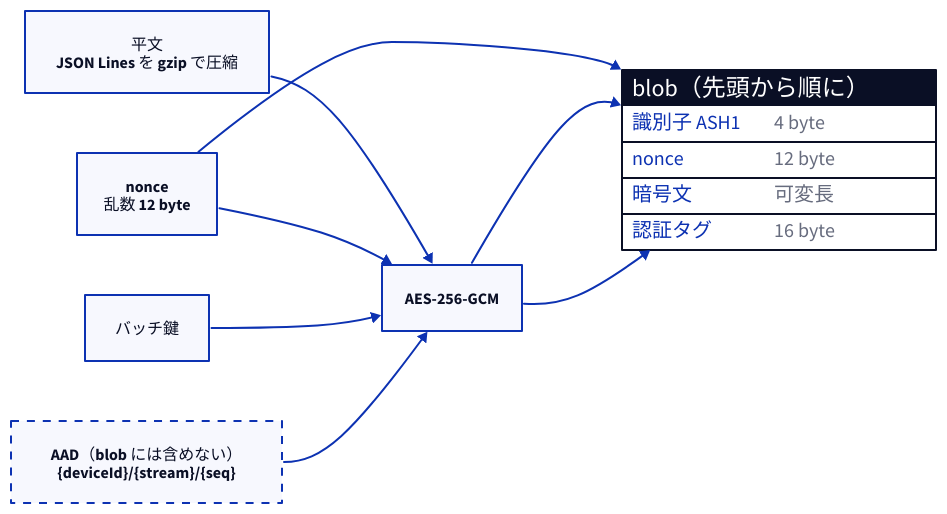
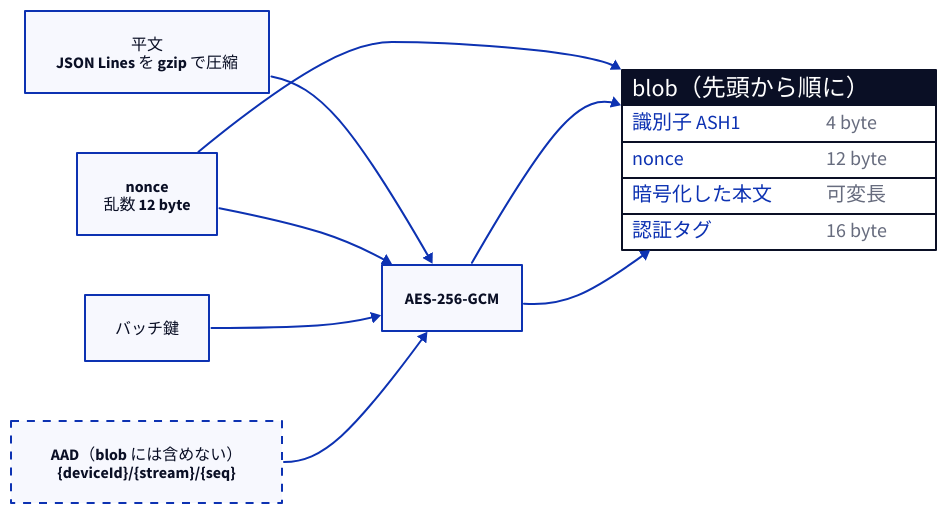
One commit to sksat/ashidori changed the diagram in docs/diagrams/encryption-blob.d2. Above: the diagram before and after it, drawn with D2. The commit also changed 26 other files, not shown here.

```diff
--- a/docs/diagrams/encryption-blob.d2
+++ b/docs/diagrams/encryption-blob.d2
@@ -1,24 +1,24 @@
 # blob の形式（docs/encryption.md）
 direction: right
 
 plain: "平文\nJSON Lines を gzip で圧縮"
 nonce: "nonce\n乱数 12 byte"
 key: バッチ鍵
 aad: "AAD（blob には含めない）\n{deviceId}/{stream}/{seq}" {style.stroke-dash: 4}
 gcm: AES-256-GCM
 
 blob: blob（先頭から順に） {
   shape: sql_table
   識別子 ASH1: 4 byte
   nonce: 12 byte
-  暗号文: 可変長
+  暗号化した本文: 可変長
   認証タグ: 16 byte
 }
 
 plain -> gcm
 nonce -> gcm
 key -> gcm
 aad -> gcm
 nonce -> blob.nonce
-gcm -> blob.暗号文
+gcm -> blob.暗号化した本文
 gcm -> blob.認証タグ
```
